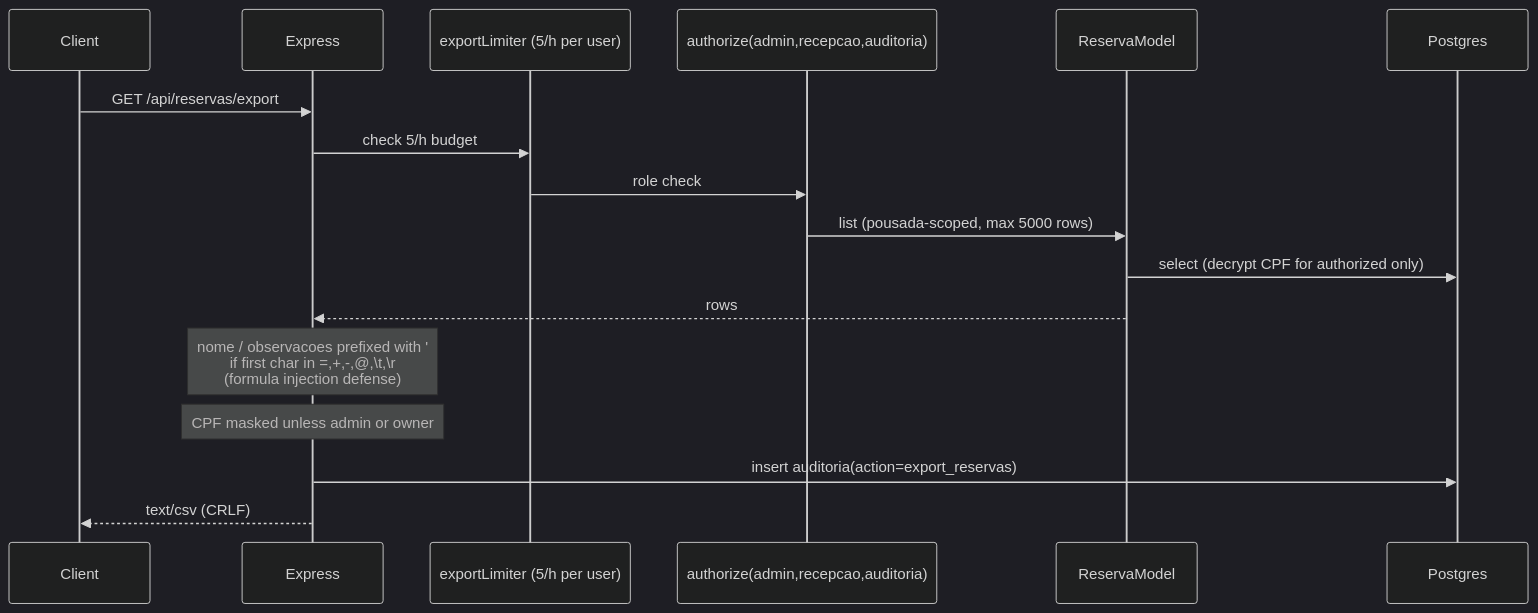
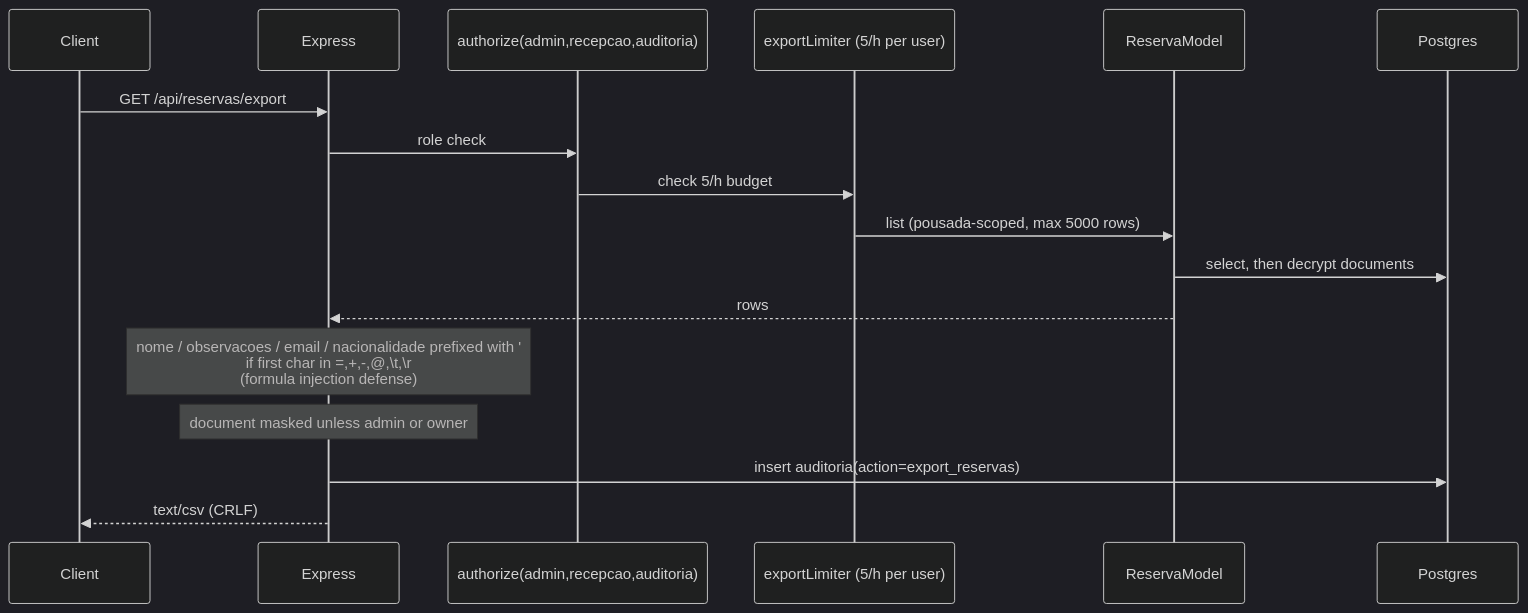
The third of 3 diagrams in README.md (DevPedroGomes/Reservas_Pousada), drawn with Mermaid (dark theme) before and after one commit. The commit also changed other lines of this file, not shown here.

````diff
--- a/README.md
+++ b/README.md
@@ -117,20 +128,20 @@
 ```mermaid
 sequenceDiagram
     participant C as Client
     participant API as Express
+    participant Z as authorize(admin,recepcao,auditoria)
     participant L as exportLimiter (5/h per user)
-    participant Z as authorize(admin,recepcao,auditoria)
     participant M as ReservaModel
     participant DB as Postgres
 
     C->>API: GET /api/reservas/export
-    API->>L: check 5/h budget
-    L->>Z: role check
-    Z->>M: list (pousada-scoped, max 5000 rows)
-    M->>DB: select (decrypt CPF for authorized only)
+    API->>Z: role check
+    Z->>L: check 5/h budget
+    L->>M: list (pousada-scoped, max 5000 rows)
+    M->>DB: select, then decrypt documents
     M-->>API: rows
-    Note over API: nome / observacoes prefixed with '<br/>if first char in =,+,-,@,\t,\r<br/>(formula injection defense)
-    Note over API: CPF masked unless admin or owner
+    Note over API: nome / observacoes / email / nacionalidade prefixed with '<br/>if first char in =,+,-,@,\t,\r<br/>(formula injection defense)
+    Note over API: document masked unless admin or owner
     API->>DB: insert auditoria(action=export_reservas)
     API-->>C: text/csv (CRLF)
 ```
````
